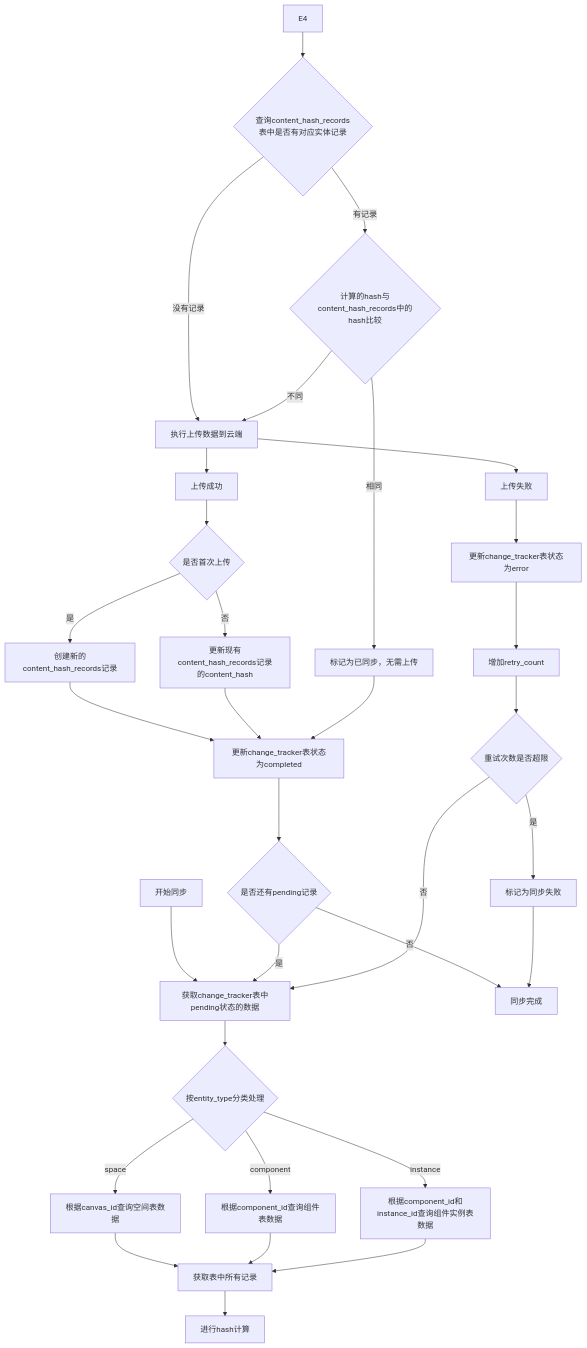
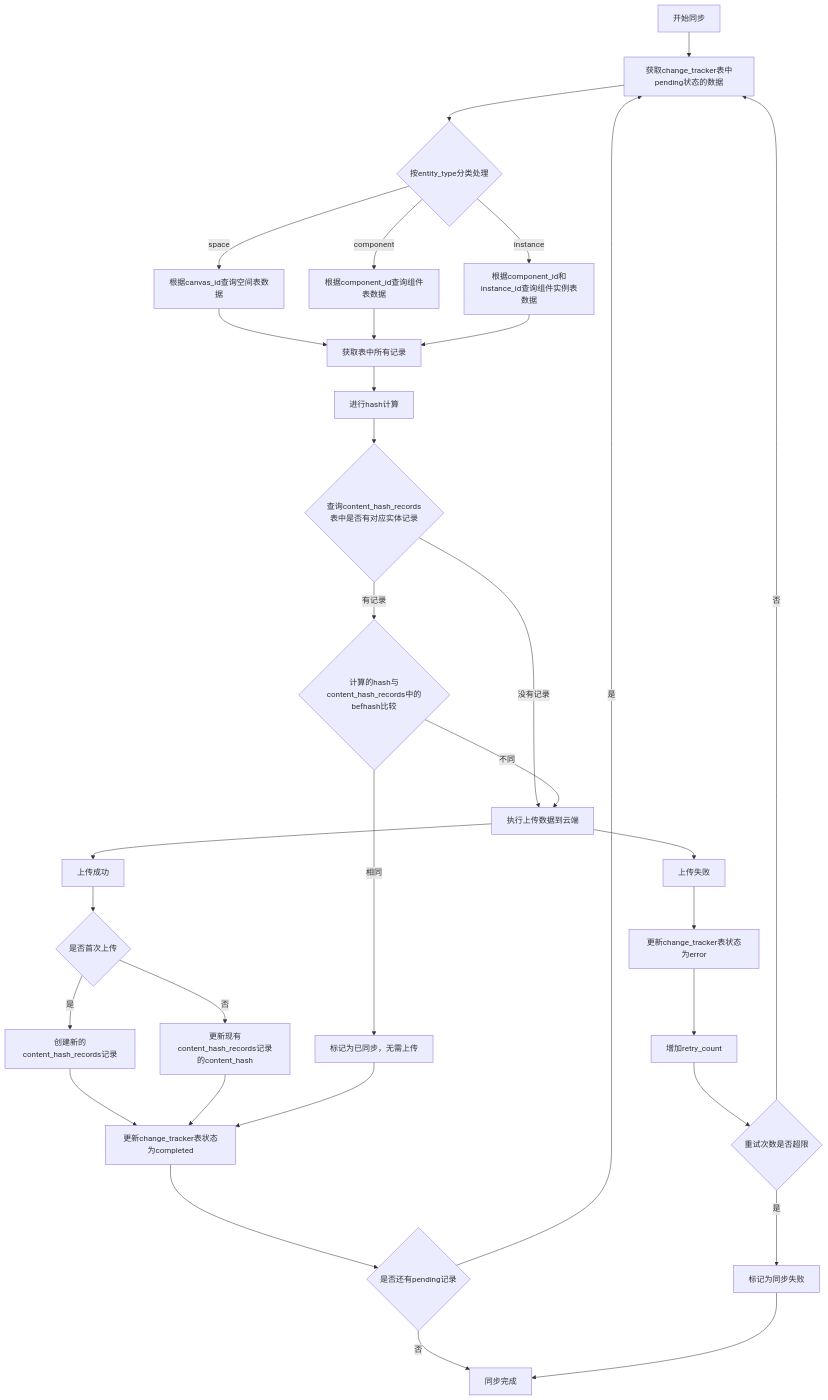
One commit to yingjianzh/iodraw-files changed the diagram in all/未命名-43.md. Above: the diagram before and after it, drawn with Mermaid.

Commit message:
2025-04-25 18:29:38 update

````diff
--- a/all/未命名-43.md
+++ b/all/未命名-43.md
@@ -1,45 +1,45 @@
 ```mermaid
 flowchart TD
     A[开始同步] --> B[获取change_tracker表中pending状态的数据]
     B --> C{按entity_type分类处理}
     
     C -->|space| D1[根据canvas_id查询空间表数据]
     C -->|component| D2[根据component_id查询组件表数据]
     C -->|instance| D3[根据component_id和instance_id查询组件实例表数据]
     
     D1 --> E1[获取表中所有记录]
     D2 --> E1
     D3 --> E1
     
     E1 --> E2[进行hash计算]
     
     
-    E4 --> I1{查询content_hash_records表中是否有对应实体记录}
+    E2 --> I1{查询content_hash_records表中是否有对应实体记录}
     I1 -->|没有记录| K[执行上传数据到云端]
-    I1 -->|有记录| I2{计算的hash与content_hash_records中的hash比较}
+    I1 -->|有记录| I2{计算的hash与content_hash_records中的befhash比较}
     I2 -->|相同| J[标记为已同步，无需上传]
     I2 -->|不同| K
     
     K --> L[上传成功]
     L --> M1{是否首次上传}
     M1 -->|是| M2[创建新的content_hash_records记录]
     M1 -->|否| M3[更新现有content_hash_records记录的content_hash]
     
     M2 --> N[更新change_tracker表状态为completed]
     M3 --> N
     
     J --> N
     
     N --> O{是否还有pending记录}
     O -->|是| B
     O -->|否| P[同步完成]
     
     K --> Q[上传失败]
     Q --> R[更新change_tracker表状态为error]
     R --> S[增加retry_count]
     S --> T{重试次数是否超限}
     T -->|是| U[标记为同步失败]
     T -->|否| B
     
     U --> P
 ```
````
